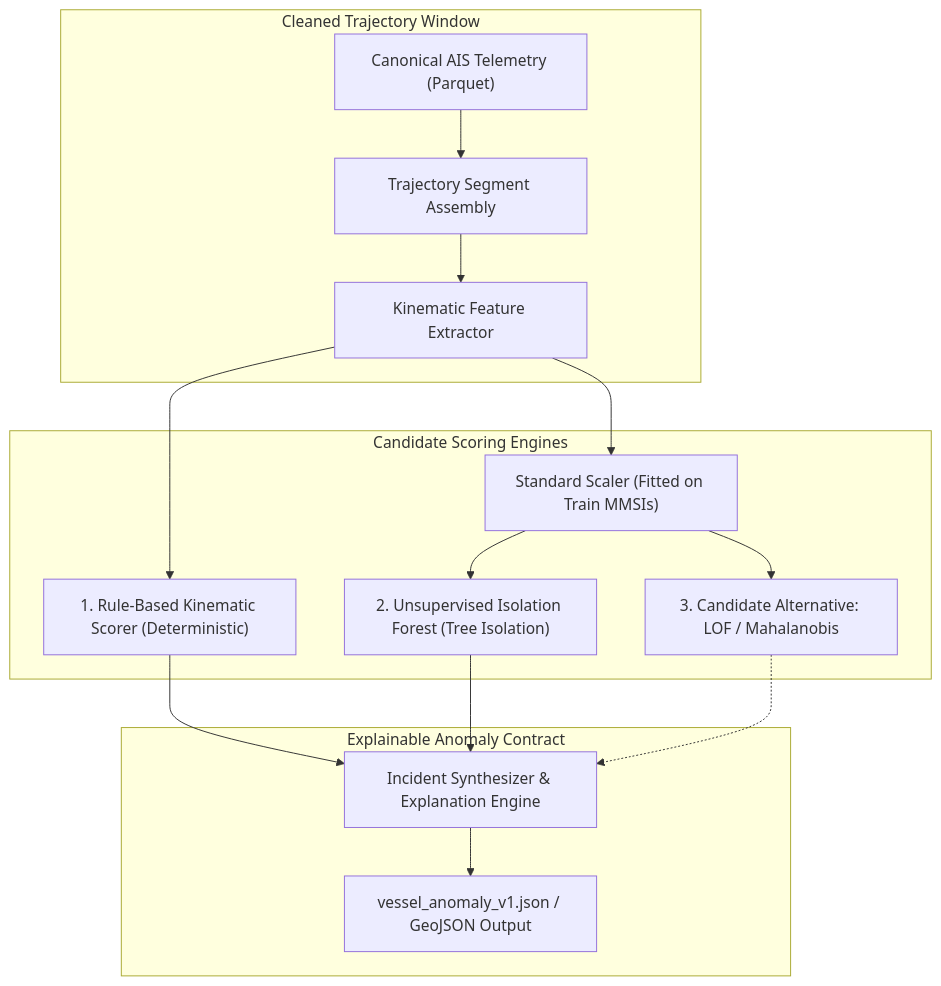
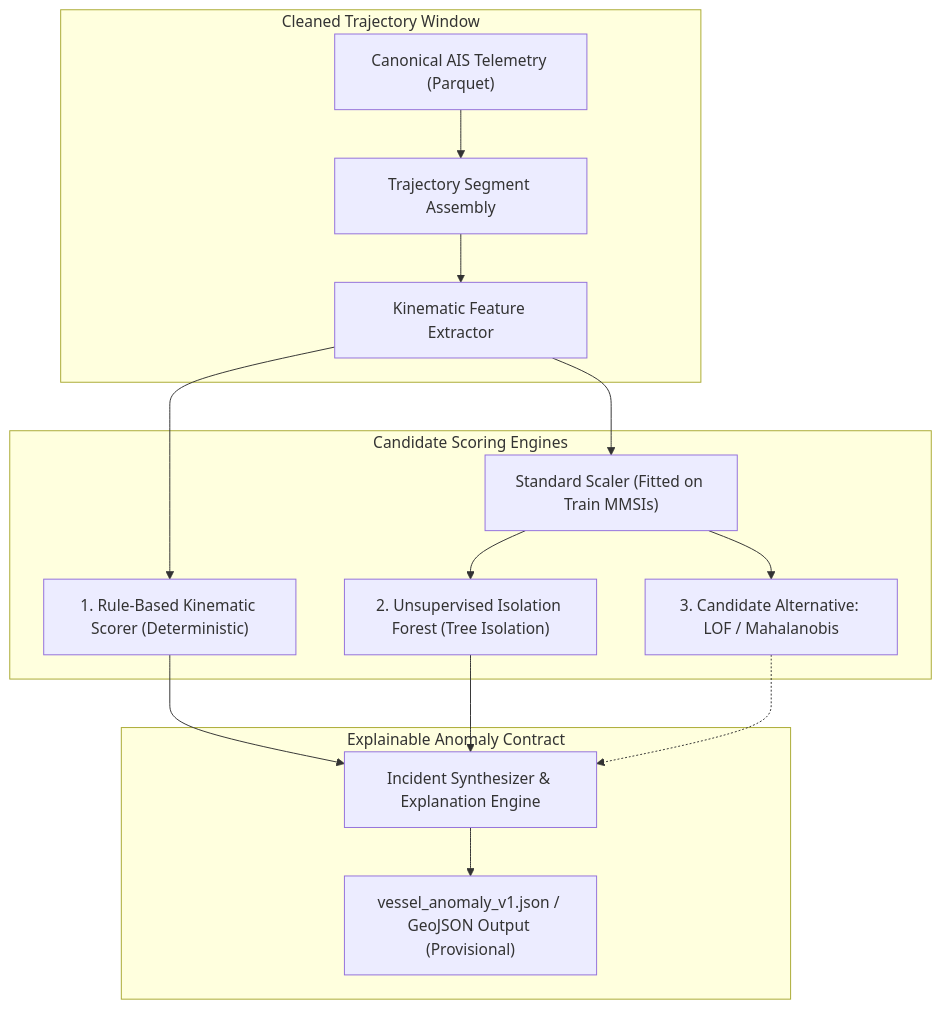
The diagram in docs/03-research/vessel-behavior-ml.md (NipunaBhanuka18/Project-AegisMar), drawn with Mermaid before and after one commit. The commit also changed other lines of this file and 19 other files, not shown here.

````diff
--- a/docs/03-research/vessel-behavior-ml.md
+++ b/docs/03-research/vessel-behavior-ml.md
@@ -139,21 +154,21 @@
 ```mermaid
 flowchart TD
     subgraph Input ["Cleaned Trajectory Window"]
         Pings["Canonical AIS Telemetry (Parquet)"] --> Clean["Trajectory Segment Assembly"]
         Clean --> FeatEng["Kinematic Feature Extractor"]
     end
 
     subgraph Models ["Candidate Scoring Engines"]
         FeatEng --> RuleScorer["1. Rule-Based Kinematic Scorer (Deterministic)"]
         FeatEng --> Scaler["Standard Scaler (Fitted on Train MMSIs)"]
         Scaler --> IsoForest["2. Unsupervised Isolation Forest (Tree Isolation)"]
         Scaler --> AltBaseline["3. Candidate Alternative: LOF / Mahalanobis"]
     end
 
     subgraph Output ["Explainable Anomaly Contract"]
         RuleScorer --> Fusion["Incident Synthesizer & Explanation Engine"]
         IsoForest --> Fusion
         AltBaseline -.-> Fusion
-        Fusion --> Contract["vessel_anomaly_v1.json / GeoJSON Output"]
+        Fusion --> Contract["vessel_anomaly_v1.json / GeoJSON Output (Provisional)"]
     end
 ```
````
